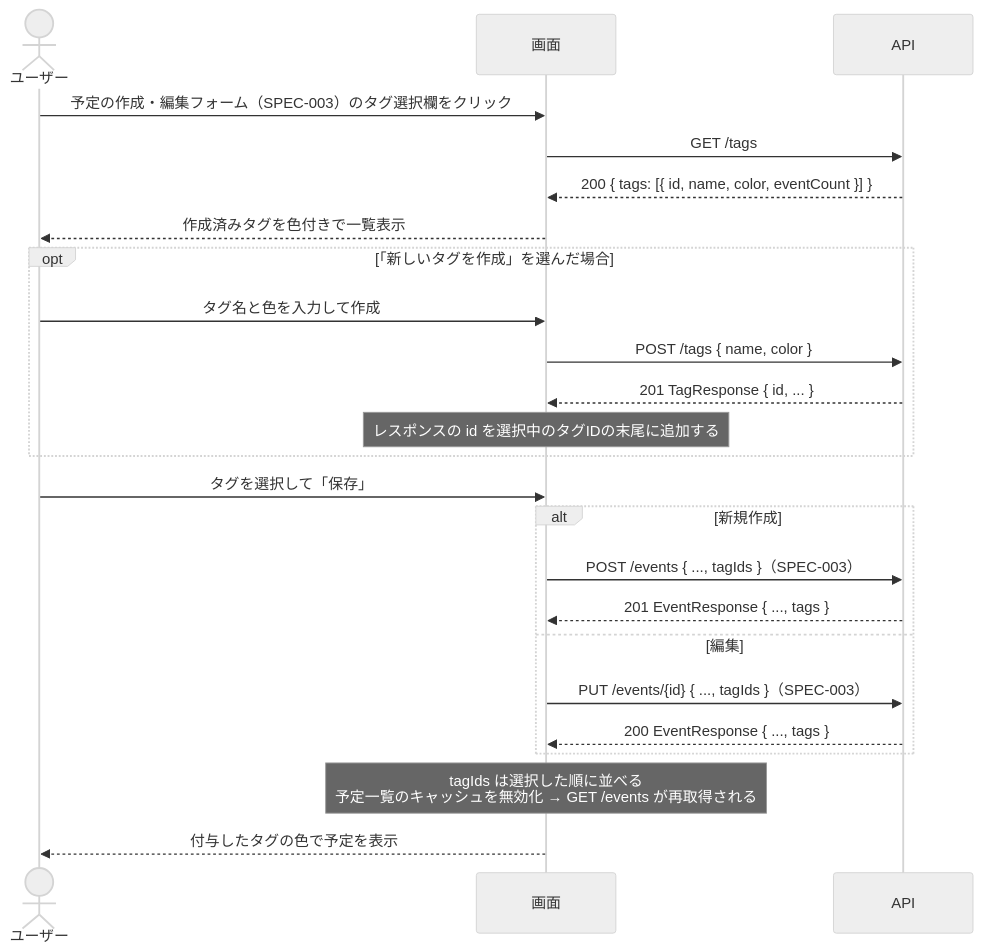
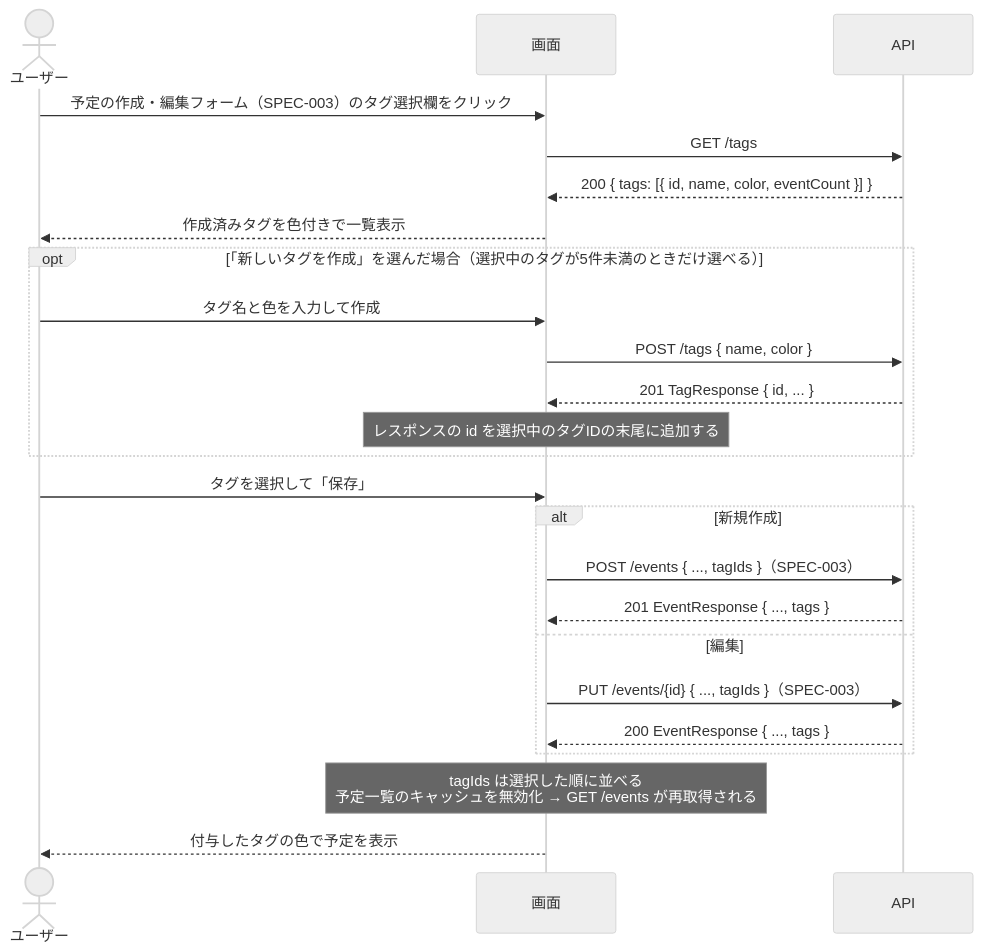
The fourth of 5 diagrams in docs/spec/SPEC-008-tags-labels.md (Haya372/ai-trial), drawn with Mermaid (neutral theme) before and after one commit. The commit also changed other lines of this file, not shown here.

Commit message:
fix: Disable inline tag creation at five selected tags
Creating a tag from the event form appends it to the selection, so
with five tags already selected saving would fail with TOO_MANY.

````diff
--- a/docs/spec/SPEC-008-tags-labels.md
+++ b/docs/spec/SPEC-008-tags-labels.md
@@ -371,27 +371,27 @@
 ```mermaid
 sequenceDiagram
     actor User as ユーザー
     participant UI as 画面
     participant API as API
 
     User->>UI: 予定の作成・編集フォーム（SPEC-003）のタグ選択欄をクリック
     UI->>API: GET /tags
     API-->>UI: 200 { tags: [{ id, name, color, eventCount }] }
     UI-->>User: 作成済みタグを色付きで一覧表示
-    opt 「新しいタグを作成」を選んだ場合
+    opt 「新しいタグを作成」を選んだ場合（選択中のタグが5件未満のときだけ選べる）
         User->>UI: タグ名と色を入力して作成
         UI->>API: POST /tags { name, color }
         API-->>UI: 201 TagResponse { id, ... }
         Note over UI: レスポンスの id を選択中のタグIDの末尾に追加する
     end
     User->>UI: タグを選択して「保存」
     alt 新規作成
         UI->>API: POST /events { ..., tagIds }（SPEC-003）
         API-->>UI: 201 EventResponse { ..., tags }
     else 編集
         UI->>API: PUT /events/{id} { ..., tagIds }（SPEC-003）
         API-->>UI: 200 EventResponse { ..., tags }
     end
     Note over UI: tagIds は選択した順に並べる<br/>予定一覧のキャッシュを無効化 → GET /events が再取得される
     UI-->>User: 付与したタグの色で予定を表示
 ```
````
